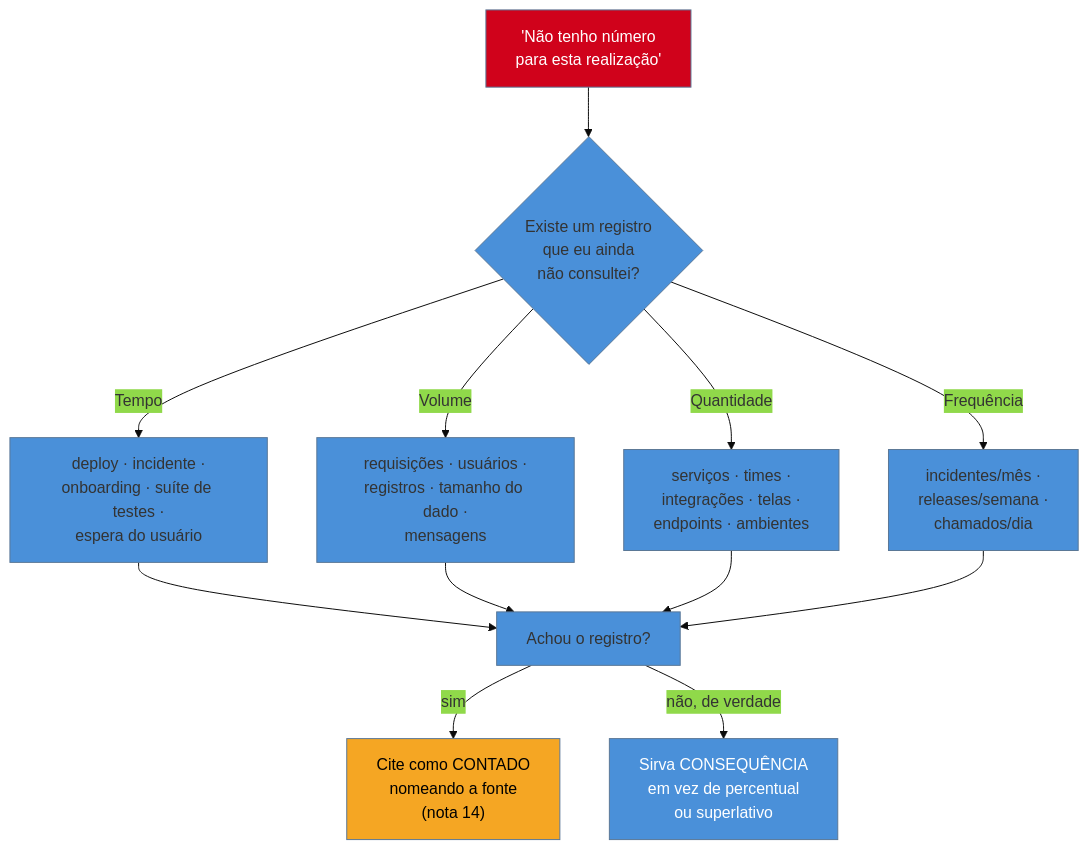
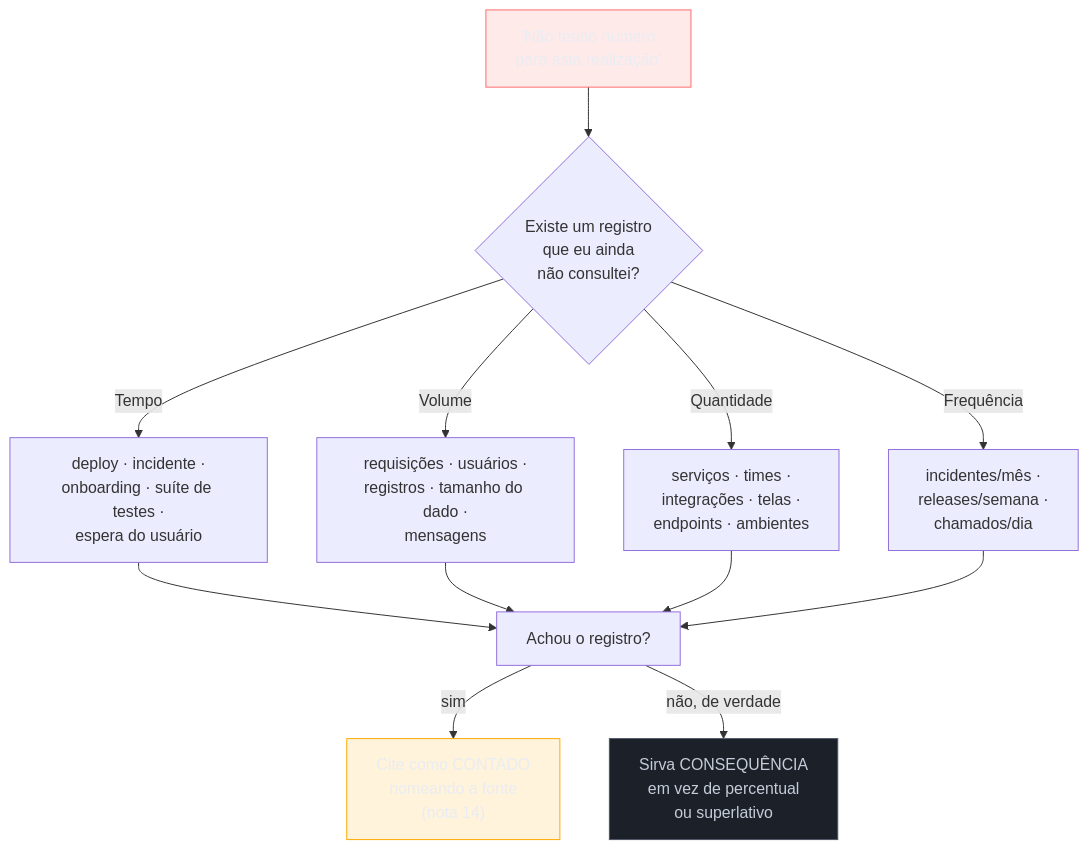
The diagram in 03-Dominios/Carreira/Currículo/15 - Quando não há número.md (josenaldo/codex-technomanticus), drawn with Mermaid before and after one commit. The commit also changed 1181 other files, not shown here.

First line of the commit message:
fix(diagramas): paleta do sistema no lugar de cor cravada no markdown

````diff
--- a/03-Dominios/Carreira/Currículo/15 - Quando não há número.md
+++ b/03-Dominios/Carreira/Currículo/15 - Quando não há número.md
@@ -60,19 +60,21 @@
 ```mermaid
-%%{init: {"theme": "base", "themeVariables": {"primaryColor": "#4A90D9"}}}%%
 graph TD
+    classDef falha fill:#FF6B6B24,stroke:#FF6B6B,color:#E9ECF2
+    classDef destaque fill:#FFAA0024,stroke:#FFAA00,color:#E9ECF2
+    classDef neutro fill:#1B2029,stroke:#4E5666,color:#C6CCD8
     Q["'Não tenho número<br/>para esta realização'"] --> T{"Existe um registro<br/>que eu ainda<br/>não consultei?"}
     T -->|"Tempo"| F1["deploy · incidente ·<br/>onboarding · suíte de testes ·<br/>espera do usuário"]
     T -->|"Volume"| F2["requisições · usuários ·<br/>registros · tamanho do dado ·<br/>mensagens"]
     T -->|"Quantidade"| F3["serviços · times ·<br/>integrações · telas ·<br/>endpoints · ambientes"]
     T -->|"Frequência"| F4["incidentes/mês ·<br/>releases/semana ·<br/>chamados/dia"]
     F1 --> C["Achou o registro?"]
     F2 --> C
     F3 --> C
     F4 --> C
     C -->|"sim"| CO["Cite como CONTADO<br/>nomeando a fonte<br/>(nota 14)"]
     C -->|"não, de verdade"| CS["Sirva CONSEQUÊNCIA<br/>em vez de percentual<br/>ou superlativo"]
 
-    style Q fill:#D0021B,color:#fff
-    style CO fill:#F5A623,color:#000
-    style CS fill:#4A90D9,color:#fff
+    class Q falha
+    class CO destaque
+    class CS neutro
 ```
````
